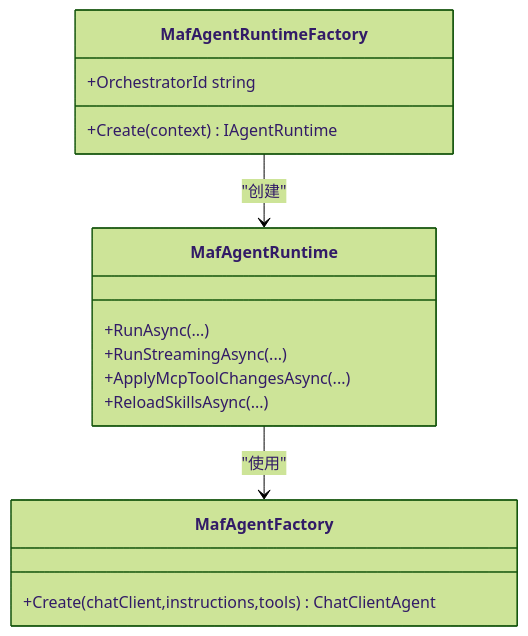
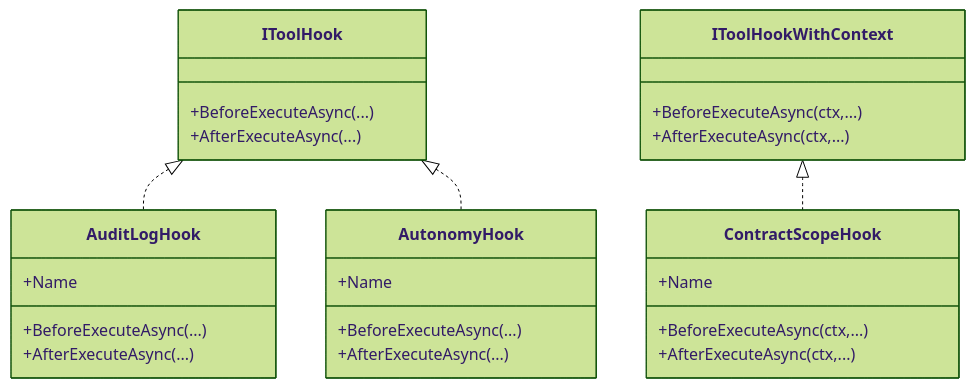
One commit to wayyet/kingcrab changed the sixth of 9 diagrams in .qoder/repowiki/zh/content/代理运行时/代理运行时.md. Above: the diagram before and after it, drawn with Mermaid (forest theme). The commit also changed other lines of this file and 173 other files, not shown here.

````diff
--- a/.qoder/repowiki/zh/content/代理运行时/代理运行时.md
+++ b/.qoder/repowiki/zh/content/代理运行时/代理运行时.md
@@ -393,18 +264,29 @@
 ```mermaid
 classDiagram
-class MafAgentRuntimeFactory {
-+OrchestratorId string
-+Create(context) IAgentRuntime
+class IToolHook {
++BeforeExecuteAsync(...)
++AfterExecuteAsync(...)
 }
-class MafAgentRuntime {
-+RunAsync(...)
-+RunStreamingAsync(...)
-+ApplyMcpToolChangesAsync(...)
-+ReloadSkillsAsync(...)
+class IToolHookWithContext {
++BeforeExecuteAsync(ctx,...)
++AfterExecuteAsync(ctx,...)
 }
-class MafAgentFactory {
-+Create(chatClient,instructions,tools) ChatClientAgent
+class AuditLogHook {
++Name
++BeforeExecuteAsync(...)
++AfterExecuteAsync(...)
 }
-MafAgentRuntimeFactory --> MafAgentRuntime : "创建"
-MafAgentRuntime --> MafAgentFactory : "使用"
+class AutonomyHook {
++Name
++BeforeExecuteAsync(...)
++AfterExecuteAsync(...)
+}
+class ContractScopeHook {
++Name
++BeforeExecuteAsync(ctx,...)
++AfterExecuteAsync(ctx,...)
+}
+IToolHook <|.. AuditLogHook
+IToolHook <|.. AutonomyHook
+IToolHookWithContext <|.. ContractScopeHook
 ```
````
